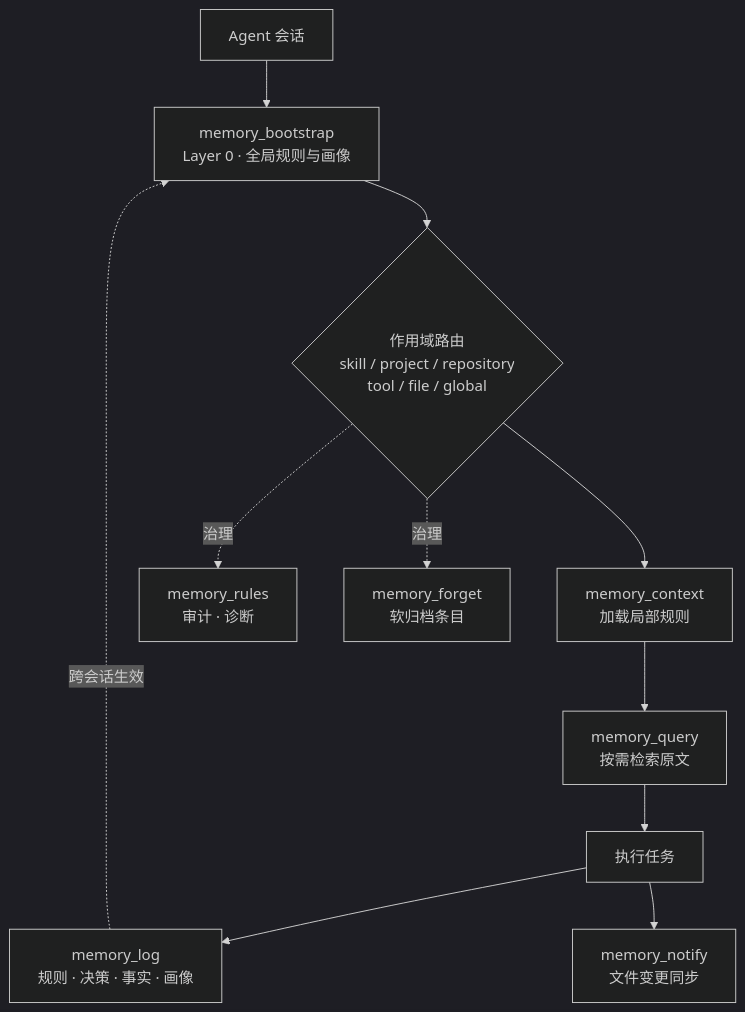
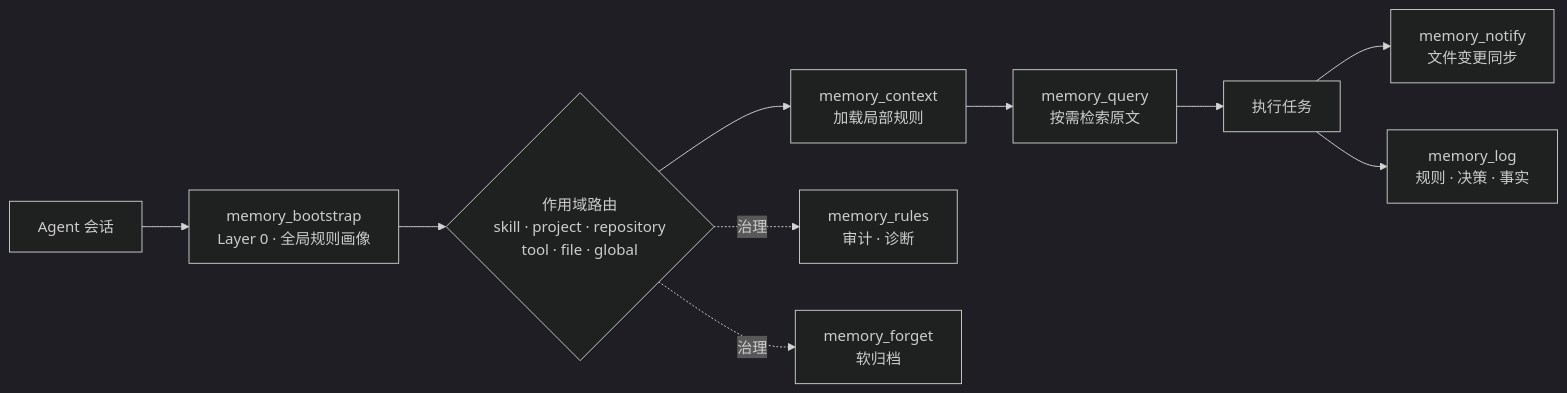
One commit to luneth90/lifeos changed the diagram in assets/lifeos-memory.mmd. Above: the diagram before and after it, drawn with Mermaid (dark theme). The commit also changed 5 other files, not shown here.

Commit message:
docs: switch memory diagram to horizontal layout and pair it under workflow diagram

```diff
--- a/assets/lifeos-memory.mmd
+++ b/assets/lifeos-memory.mmd
@@ -1,11 +1,10 @@
-flowchart TD
-    Agent["Agent 会话"] --> Bootstrap["memory_bootstrap<br/>Layer 0 · 全局规则与画像"]
-    Bootstrap --> Route{"作用域路由<br/>skill / project / repository<br/>tool / file / global"}
+flowchart LR
+    Agent["Agent 会话"] --> Bootstrap["memory_bootstrap<br/>Layer 0 · 全局规则画像"]
+    Bootstrap --> Route{"作用域路由<br/>skill · project · repository<br/>tool · file · global"}
     Route --> Context["memory_context<br/>加载局部规则"]
     Context --> Query["memory_query<br/>按需检索原文"]
     Query --> Task["执行任务"]
-    Task --> Log["memory_log<br/>规则 · 决策 · 事实 · 画像"]
     Task --> Notify["memory_notify<br/>文件变更同步"]
-    Log -. 跨会话生效 .-> Bootstrap
+    Task --> Log["memory_log<br/>规则 · 决策 · 事实"]
     Route -. 治理 .-> Rules["memory_rules<br/>审计 · 诊断"]
-    Route -. 治理 .-> Forget["memory_forget<br/>软归档条目"]
+    Route -. 治理 .-> Forget["memory_forget<br/>软归档"]
```
